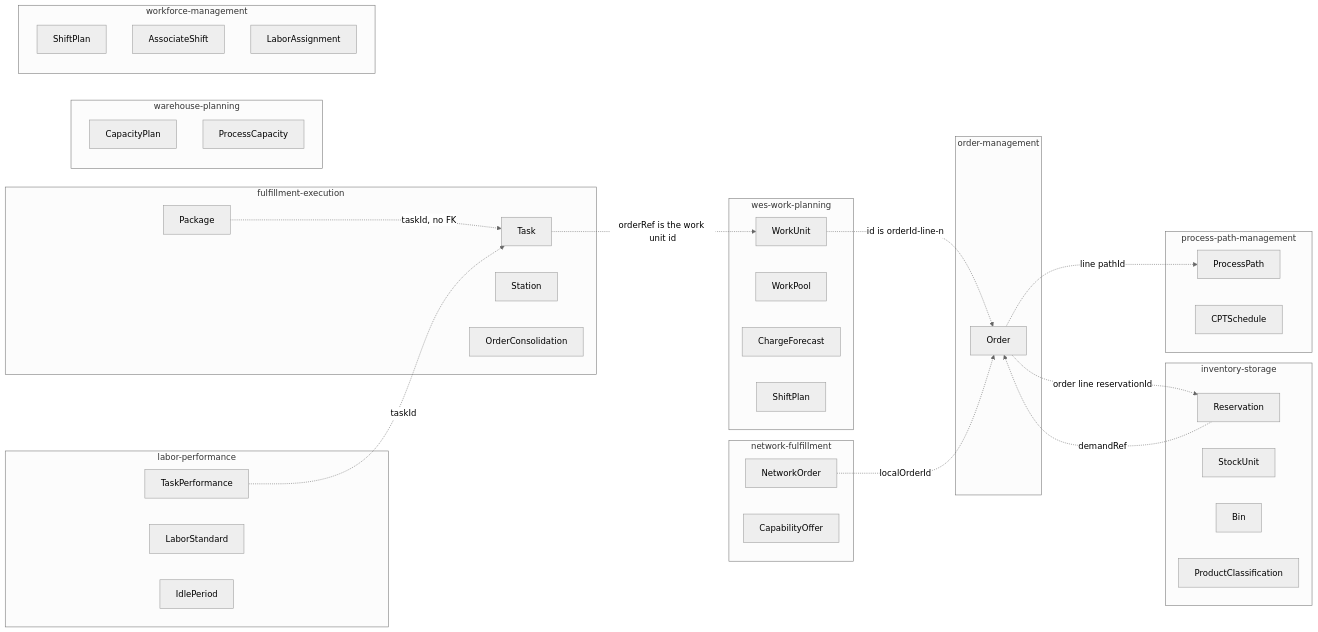
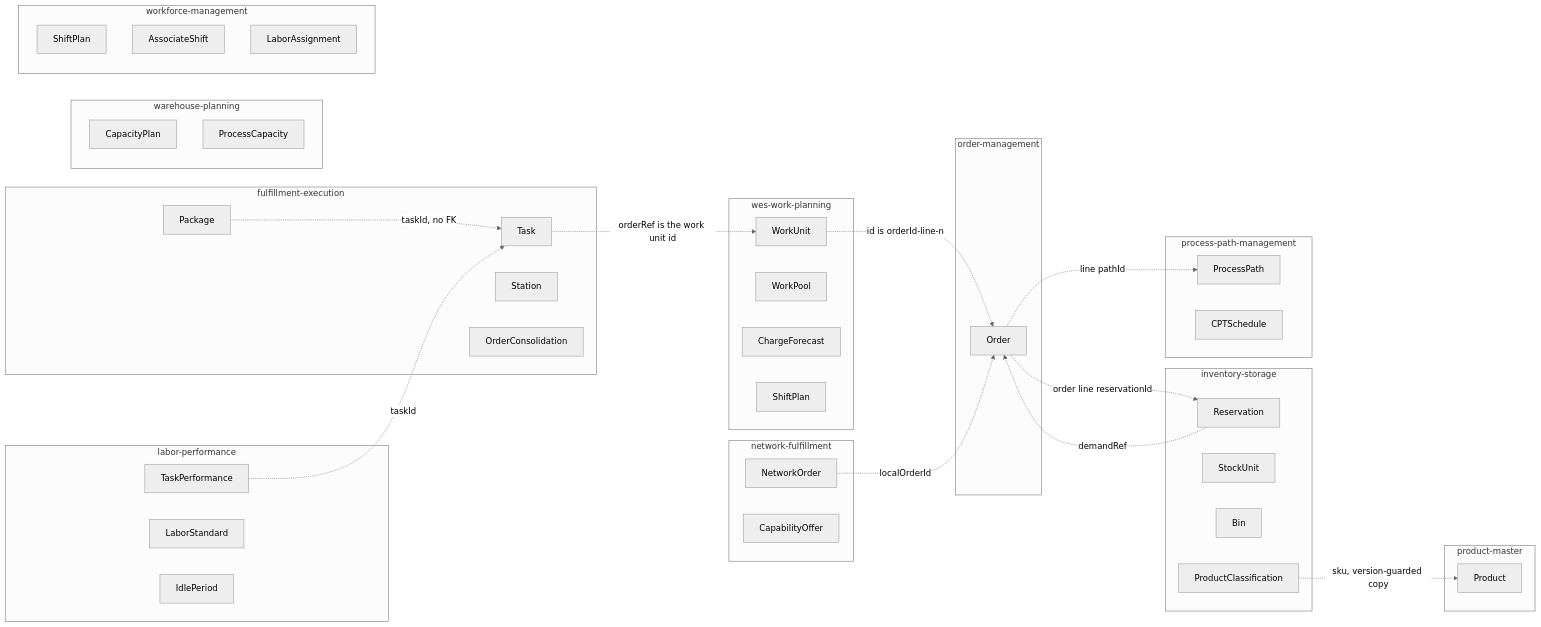
Before and after one commit to IQVO/warehouse-docs: the diagram in docs/architecture/domain-model.md, drawn with Mermaid (neutral theme). The commit also changed other lines of this file and 5 other files, not shown here.

First line of the commit message:
docs(architecture): product-master in containers, domain model, data models and runtime flows

````diff
--- a/docs/architecture/domain-model.md
+++ b/docs/architecture/domain-model.md
@@ -64,55 +65,59 @@
 ```mermaid
 flowchart LR
     subgraph OM["order-management"]
         Order
     end
     subgraph INV["inventory-storage"]
         Reservation
         StockUnit
         Bin
         ProductClassification
     end
     subgraph PPM["process-path-management"]
         ProcessPath
         CPTSchedule
     end
     subgraph WWP["wes-work-planning"]
         WorkUnit
         WorkPool
         ChargeForecast
         WesShiftPlan["ShiftPlan"]
     end
     subgraph FE["fulfillment-execution"]
         Task
         Station
         Package
         OrderConsolidation
     end
     subgraph LP["labor-performance"]
         TaskPerformance
         LaborStandard
         IdlePeriod
     end
     subgraph NF["network-fulfillment"]
         NetworkOrder
         CapabilityOffer
     end
     subgraph WPL["warehouse-planning"]
         CapacityPlan
         ProcessCapacity
     end
     subgraph WFM["workforce-management"]
         WfmShiftPlan["ShiftPlan"]
         AssociateShift
         LaborAssignment
     end
+    subgraph PM["product-master"]
+        Product
+    end
 
     Order -.->|"order line reservationId"| Reservation
     Reservation -.->|"demandRef"| Order
     Order -.->|"line pathId"| ProcessPath
     WorkUnit -.->|"id is orderId-line-n"| Order
     Task -.->|"orderRef is the work unit id"| WorkUnit
     Package -.->|"taskId, no FK"| Task
     TaskPerformance -.->|"taskId"| Task
     NetworkOrder -.->|"localOrderId"| Order
+    ProductClassification -.->|"sku, version-guarded copy"| Product
 ```
````
